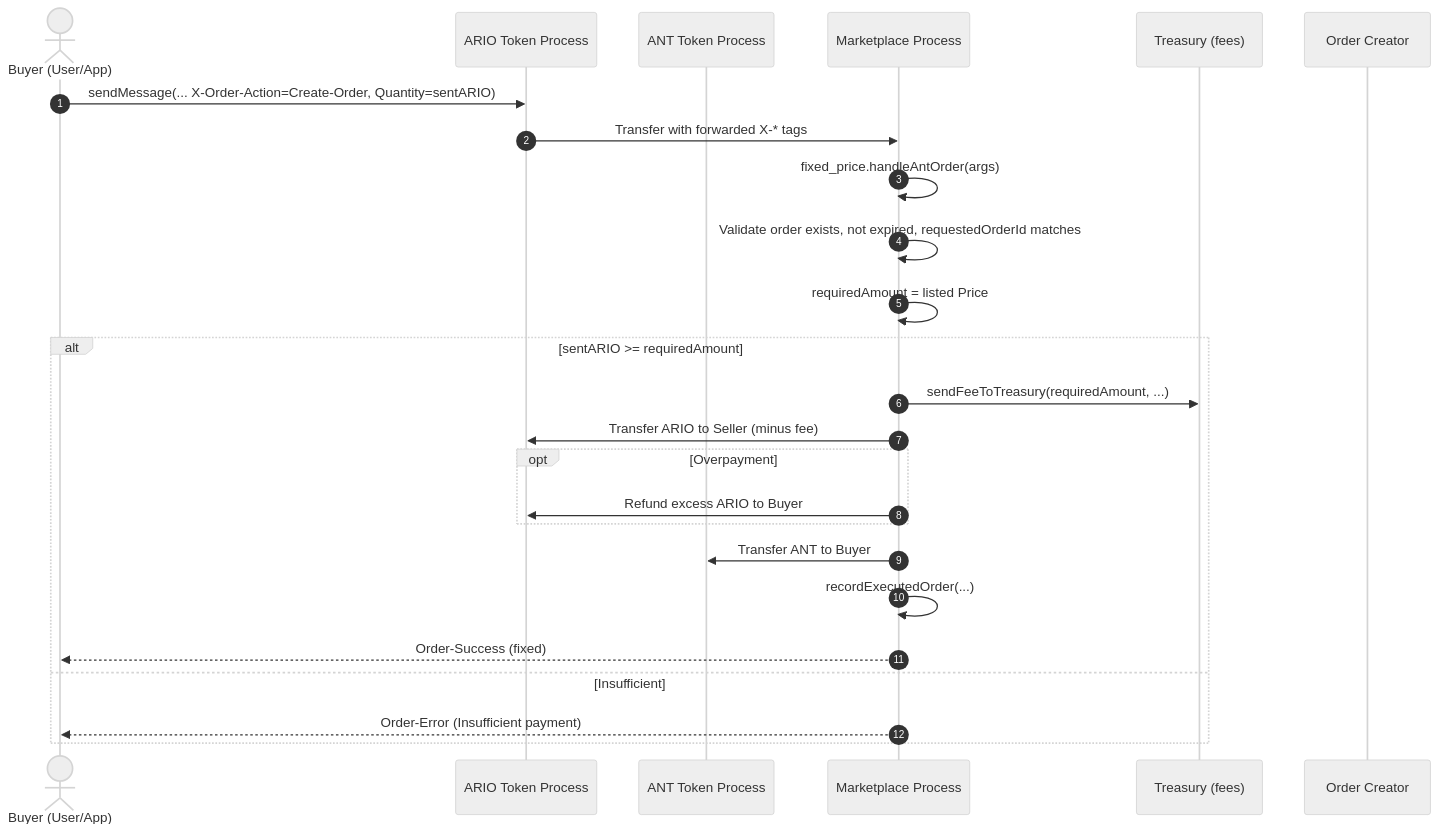
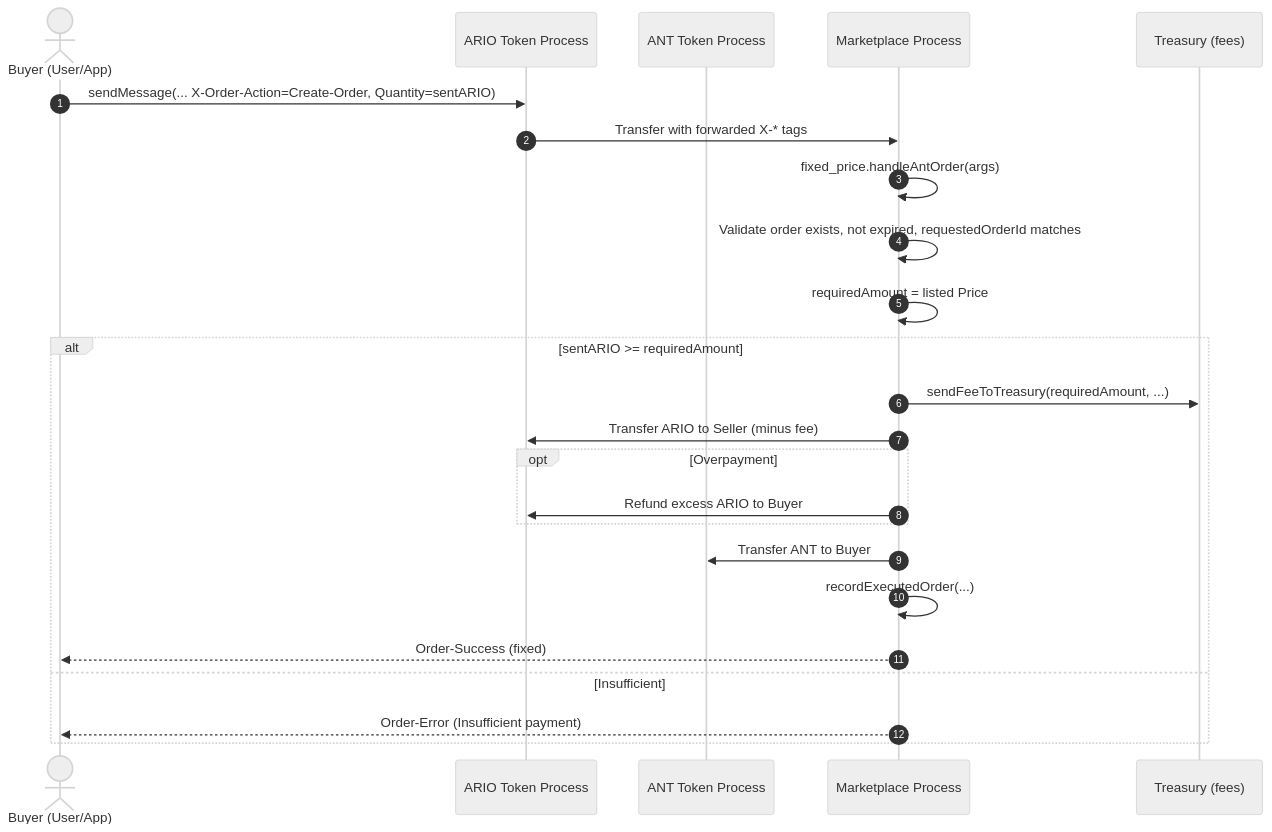
Before and after one commit to blockydevs/arns-marketplace-process: the diagram in docs/fixed-price.md, drawn with Mermaid (neutral theme). The commit also changed 11 other files, not shown here.

````diff
--- a/docs/fixed-price.md
+++ b/docs/fixed-price.md
@@ -3,29 +3,28 @@
 ```mermaid
 sequenceDiagram
     autonumber
     actor Buyer as Buyer (User/App)
     participant ARIO as ARIO Token Process
     participant ANT as ANT Token Process
     participant Market as Marketplace Process
     participant Treasury as Treasury (fees)
-    participant Seller as Order Creator
 
     Buyer->>ARIO: sendMessage(... X-Order-Action=Create-Order, Quantity=sentARIO)
     ARIO->>Market: Transfer with forwarded X-* tags
 
     Market->>Market: fixed_price.handleAntOrder(args)
     Market->>Market: Validate order exists, not expired, requestedOrderId matches
     Market->>Market: requiredAmount = listed Price
     alt sentARIO >= requiredAmount
         Market->>Treasury: sendFeeToTreasury(requiredAmount, ...)
         Market->>ARIO: Transfer ARIO to Seller (minus fee)
         opt Overpayment
             Market->>ARIO: Refund excess ARIO to Buyer
         end
         Market->>ANT: Transfer ANT to Buyer
         Market->>Market: recordExecutedOrder(...)
         Market-->>Buyer: Order-Success (fixed)
     else Insufficient
         Market-->>Buyer: Order-Error (Insufficient payment)
     end
 ```
````
